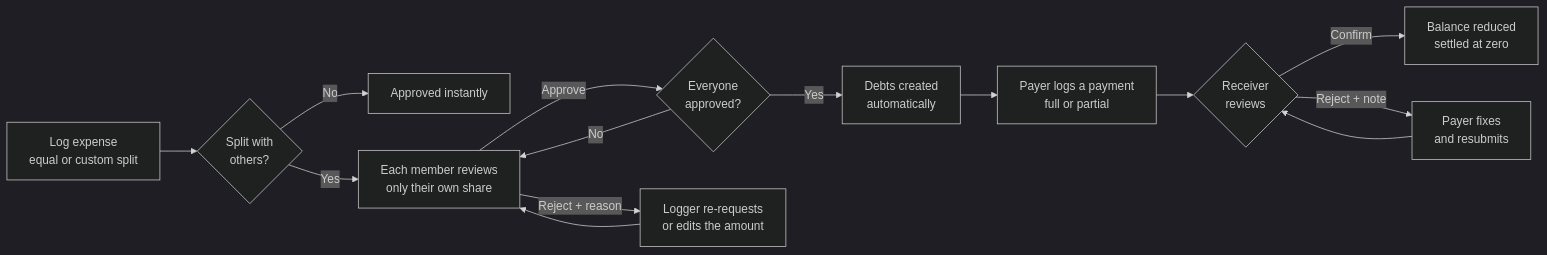
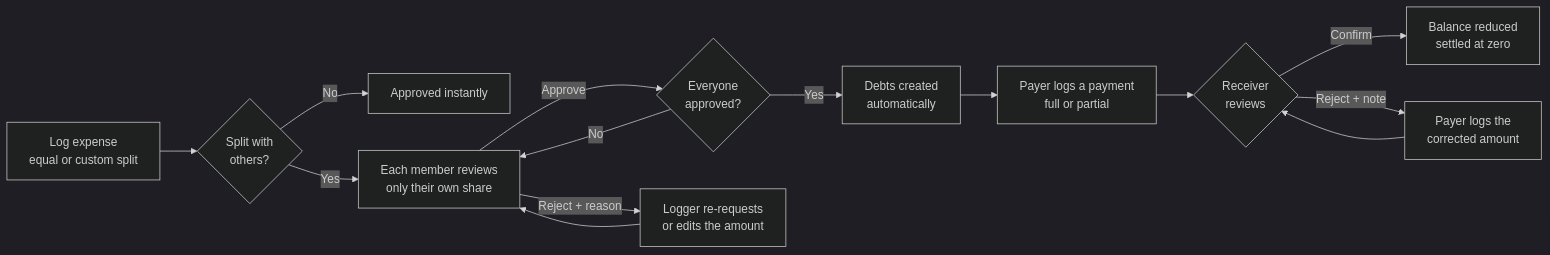
One commit to Crux-15/Taka-Koi- changed the first of 2 diagrams in README.md. Above: the diagram before and after it, drawn with Mermaid (dark theme). The commit also changed other lines of this file and 177 other files, not shown here.

````diff
--- a/README.md
+++ b/README.md
@@ -101,16 +106,16 @@
 ```mermaid
 flowchart LR
     A["Log expense<br/>equal or custom split"] --> B{"Split with<br/>others?"}
     B -- No --> C["Approved instantly"]
     B -- Yes --> D["Each member reviews<br/>only their own share"]
     D -- Approve --> E{"Everyone<br/>approved?"}
     D -- "Reject + reason" --> F["Logger re-requests<br/>or edits the amount"]
     F --> D
     E -- No --> D
     E -- Yes --> G["Debts created<br/>automatically"]
     G --> H["Payer logs a payment<br/>full or partial"]
     H --> I{"Receiver<br/>reviews"}
     I -- Confirm --> J["Balance reduced<br/>settled at zero"]
-    I -- "Reject + note" --> K["Payer fixes<br/>and resubmits"]
+    I -- "Reject + note" --> K["Payer logs the<br/>corrected amount"]
     K --> I
 ```
````
